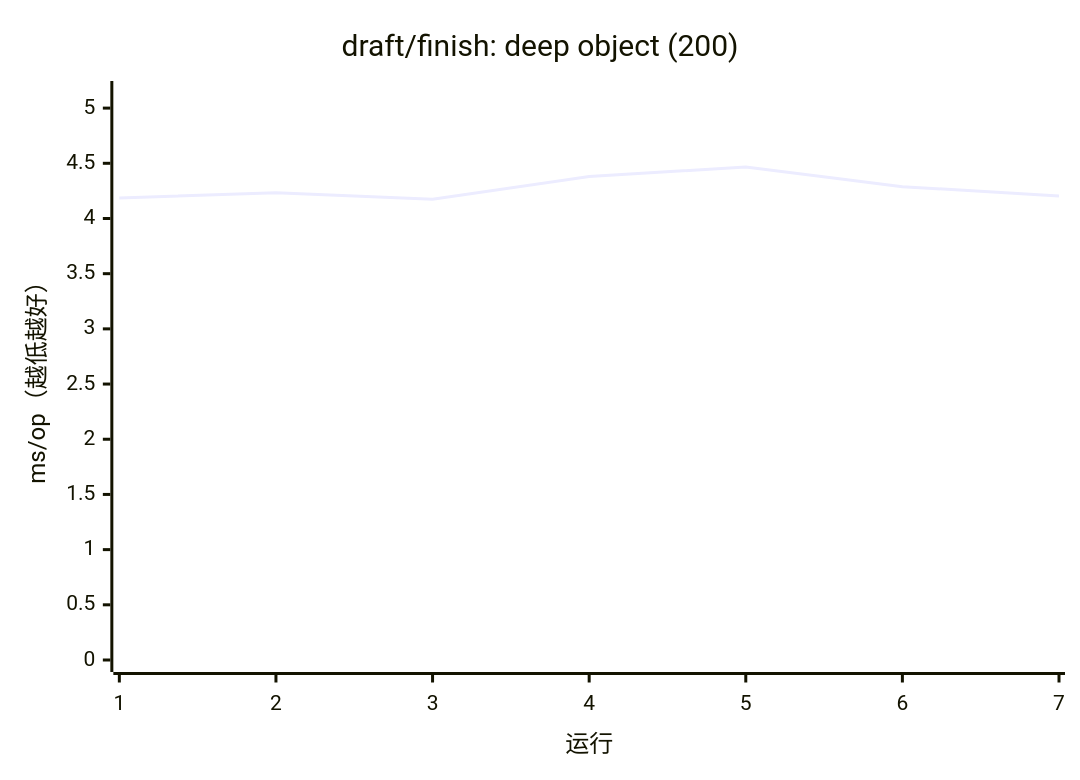
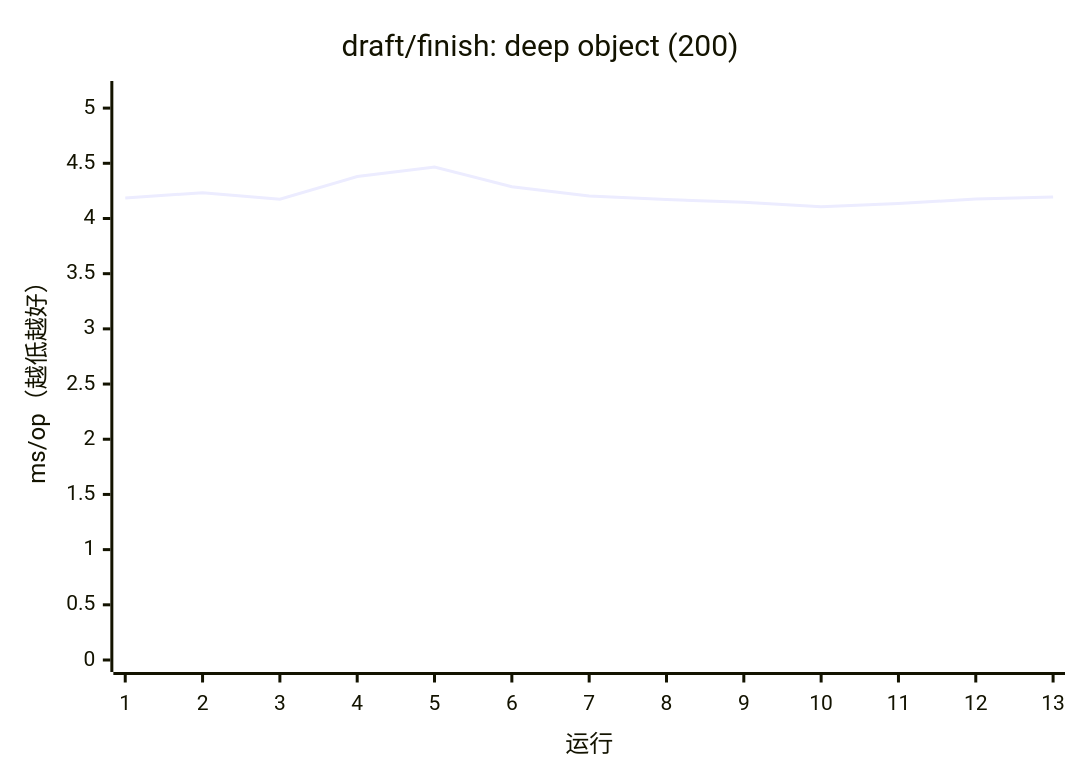
One commit to AIluffy/io changed the eighth of 17 diagrams in apps/docs/src/content/docs/guides/benchmark.mdx. Above: the diagram before and after it, drawn with Mermaid. The commit also changed other lines of this file and 11 other files, not shown here.

````diff
--- a/apps/docs/src/content/docs/guides/benchmark.mdx
+++ b/apps/docs/src/content/docs/guides/benchmark.mdx
@@ -194,7 +281,7 @@
 ```mermaid
 xychart-beta
   title "draft/finish: deep object (200)"
-  x-axis "运行" [1, 2, 3, 4, 5, 6, 7]
+  x-axis "运行" [1, 2, 3, 4, 5, 6, 7, 8, 9, 10, 11, 12, 13]
   y-axis "ms/op（越低越好）" 0 --> 5.1369
-  line [4.1858, 4.2331, 4.1749, 4.3797, 4.4669, 4.2879, 4.2048]
+  line [4.1858, 4.2331, 4.1749, 4.3797, 4.4669, 4.2879, 4.2048, 4.1722, 4.1463, 4.107, 4.135, 4.1764, 4.1937]
 ```
````
